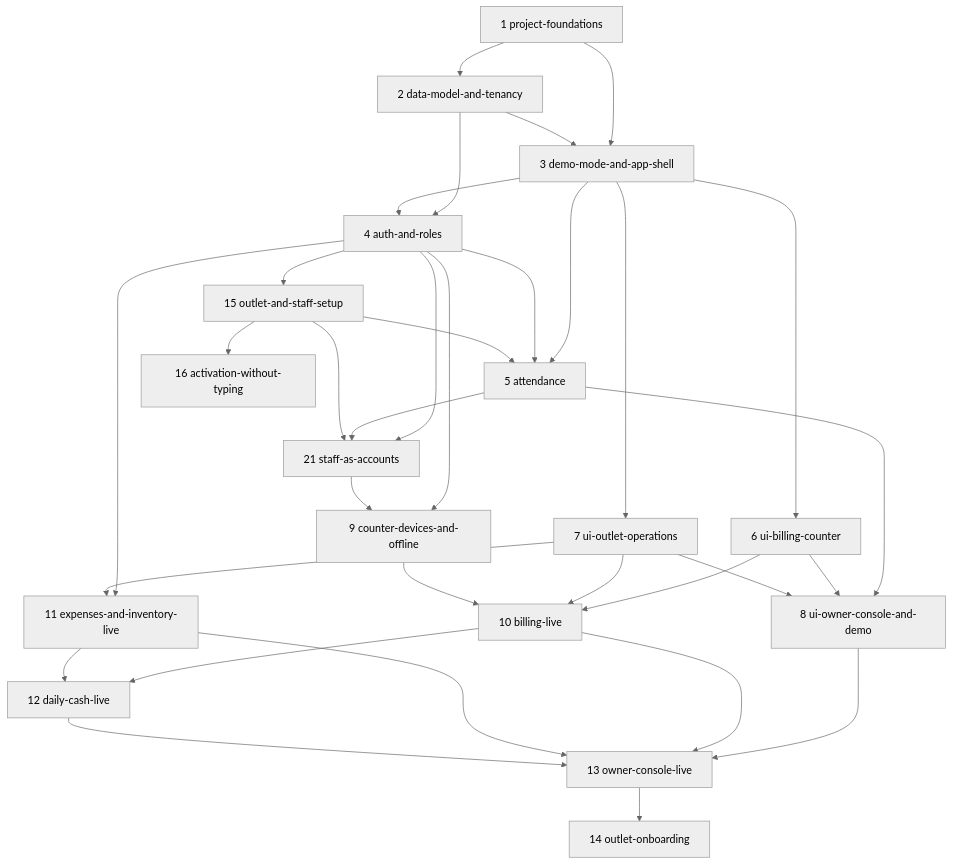
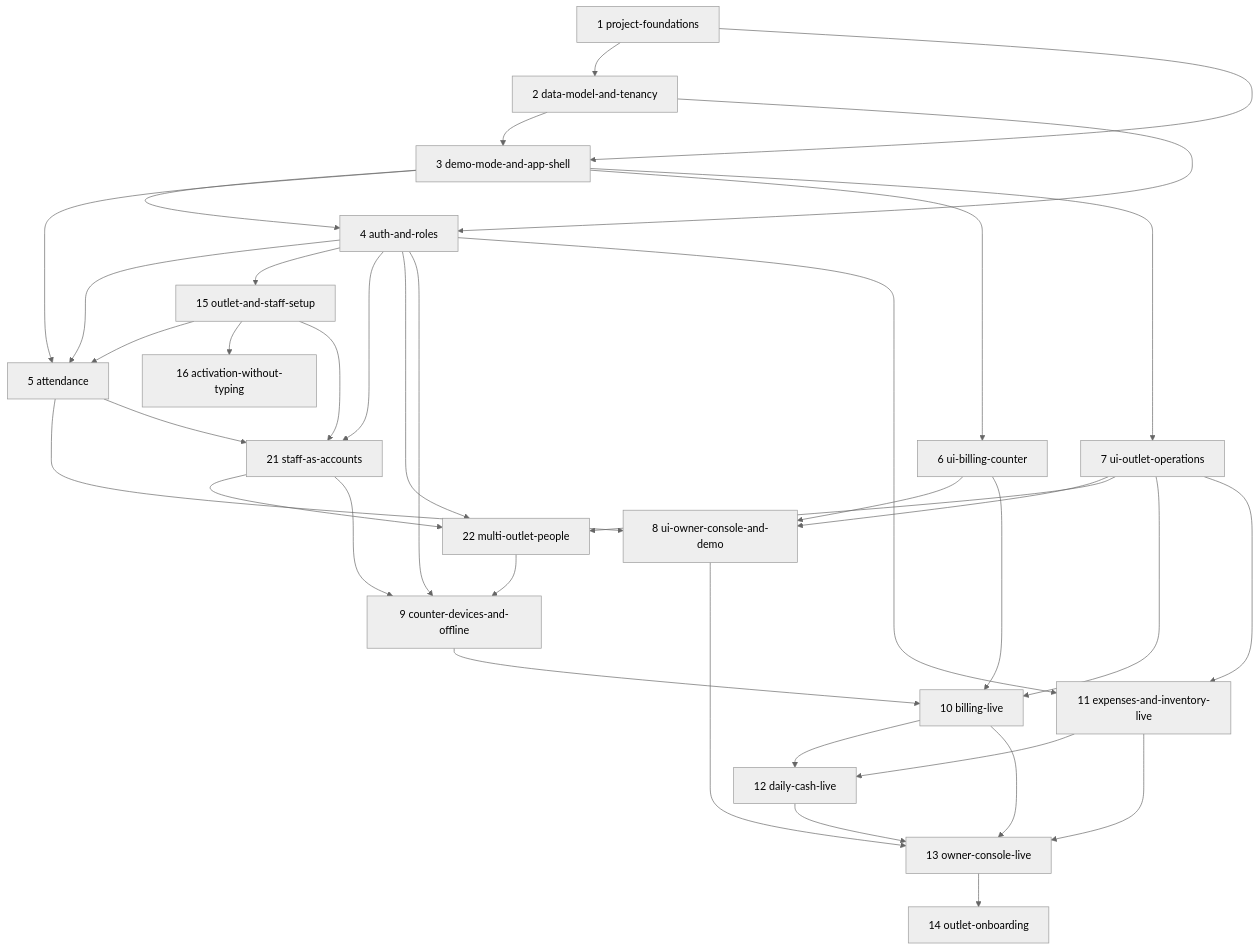
Before and after one commit to abdatta/shawarmania-ops: the diagram in openspec/changes/ROADMAP.md, drawn with Mermaid (neutral theme). The commit also changed other lines of this file and 6 other files, not shown here.

First line of the commit message:
Seed multi-outlet-people (#22): assignments without hats, staff codes retired

````diff
--- a/openspec/changes/ROADMAP.md
+++ b/openspec/changes/ROADMAP.md
@@ -87,35 +89,39 @@
 ```mermaid
 graph TD
     C1[1 project-foundations] --> C2[2 data-model-and-tenancy]
     C1 --> C3[3 demo-mode-and-app-shell]
     C2 --> C3
     C2 --> C4[4 auth-and-roles]
     C3 --> C4
     C3 --> C5[5 attendance]
     C4 --> C5
     C4 --> C15[15 outlet-and-staff-setup]
     C15 --> C5
     C15 --> C16[16 activation-without-typing]
     C3 --> C6[6 ui-billing-counter]
     C3 --> C7[7 ui-outlet-operations]
     C5 --> C8[8 ui-owner-console-and-demo]
     C6 --> C8
     C7 --> C8
     C4 --> C21[21 staff-as-accounts]
     C5 --> C21
     C15 --> C21
+    C4 --> C22[22 multi-outlet-people]
+    C7 --> C22
+    C21 --> C22
     C4 --> C9[9 counter-devices-and-offline]
     C21 --> C9
+    C22 --> C9
     C6 --> C10[10 billing-live]
     C7 --> C10
     C9 --> C10
     C4 --> C11[11 expenses-and-inventory-live]
     C7 --> C11
     C10 --> C12[12 daily-cash-live]
     C11 --> C12
     C8 --> C13[13 owner-console-live]
     C10 --> C13
     C11 --> C13
     C12 --> C13
     C13 --> C14[14 outlet-onboarding]
 ```
````
